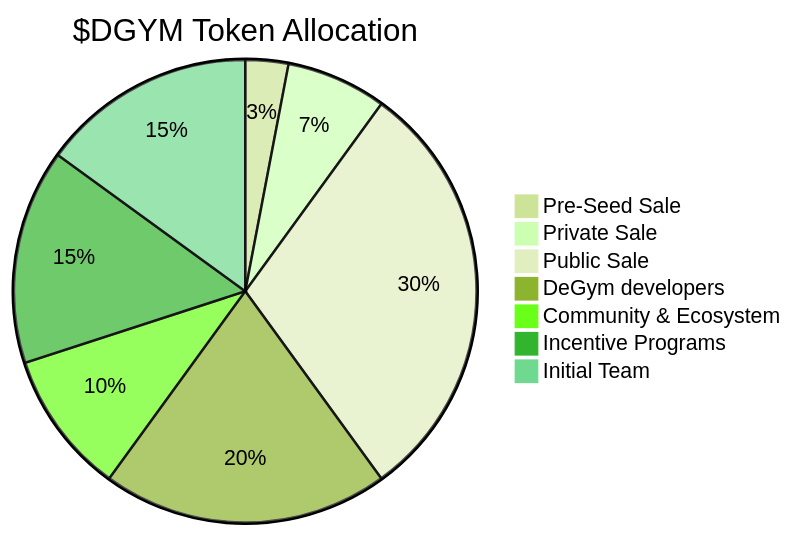
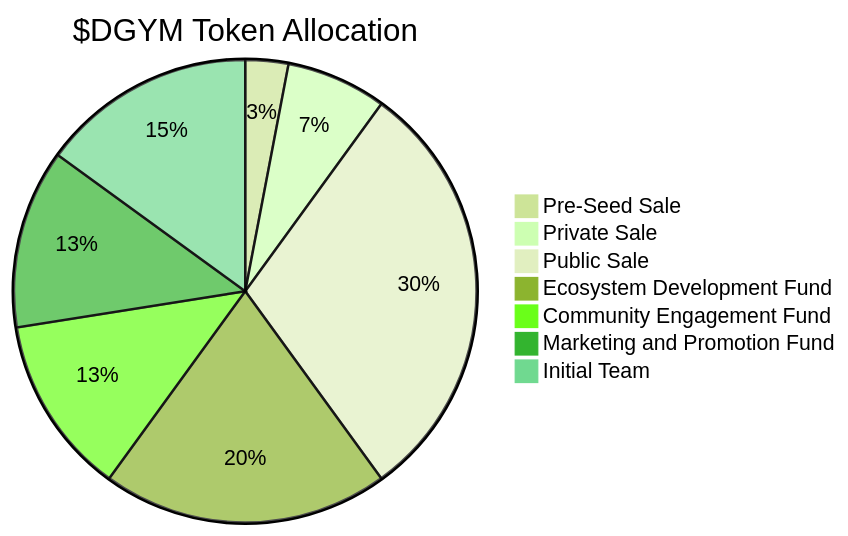
Before and after one commit to DeGym/documentation: the diagram in degym-dao/dgym-tokenomics/usddgym-tokenomics.md, drawn with Mermaid. The commit also changed other lines of this file and 2 other files, not shown here.

````diff
--- a/degym-dao/dgym-tokenomics/usddgym-tokenomics.md
+++ b/degym-dao/dgym-tokenomics/usddgym-tokenomics.md
@@ -11,12 +11,12 @@
 ```mermaid
 %%{init: {'theme': 'forest'}}%%
 
 pie title $DGYM Token Allocation
     "Pre-Seed Sale" : 3
     "Private Sale" : 7
     "Public Sale" : 30
-    "DeGym developers" : 20
-    "Community & Ecosystem" : 10
-    "Incentive Programs" : 15
+    "Ecosystem Development Fund" : 20
+    "Community Engagement Fund" : 12.5
+    "Marketing and Promotion Fund" : 12.5
     "Initial Team": 15
 ```
````
